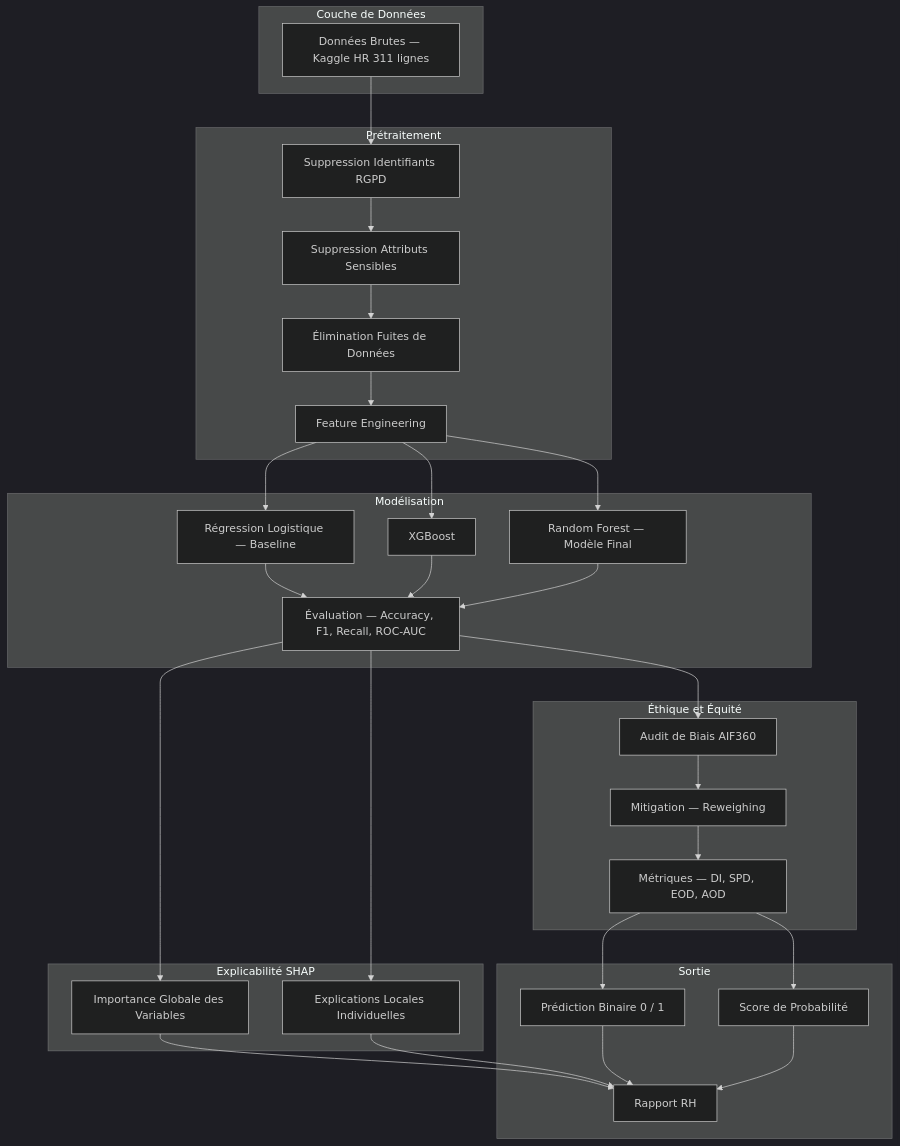
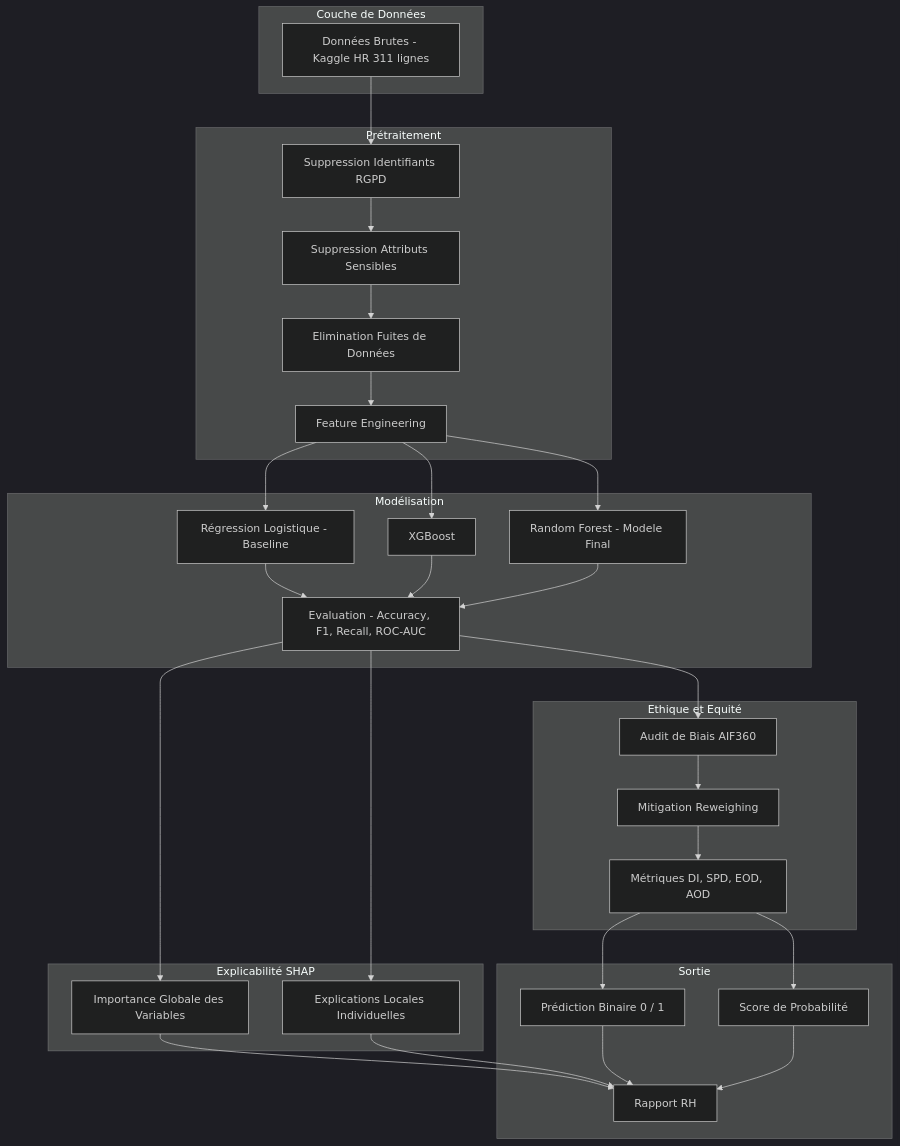
One commit to Beloowga/CAPGEMINI-HR-AI-Explainability changed the diagram in Architecture.md. Above: the diagram before and after it, drawn with Mermaid (dark theme).

Commit message:
Fix accents and formatting in Architecture.md
Corrected French accents and formatting in the architecture diagram.

````diff
--- a/Architecture.md
+++ b/Architecture.md
@@ -1,53 +1,48 @@
 ```mermaid
 graph TD
     subgraph Data_Layer [Couche de Données]
-        A[Données Brutes — Kaggle HR 311 lignes]
+        A[Données Brutes - Kaggle HR 311 lignes]
     end
-
     subgraph Preprocessing [Prétraitement]
         B[Suppression Identifiants RGPD]
         C[Suppression Attributs Sensibles]
-        D[Élimination Fuites de Données]
+        D[Elimination Fuites de Données]
         E[Feature Engineering]
         A --> B --> C --> D --> E
     end
-
     subgraph Modeling [Modélisation]
-        I[Régression Logistique — Baseline]
+        I[Régression Logistique - Baseline]
         K[XGBoost]
-        L[Random Forest — Modèle Final]
-        M[Évaluation — Accuracy, F1, Recall, ROC-AUC]
+        L[Random Forest - Modele Final]
+        M[Evaluation - Accuracy, F1, Recall, ROC-AUC]
         E --> I
         E --> K
         E --> L
         I --> M
         K --> M
         L --> M
     end
-
     subgraph Explainability [Explicabilité SHAP]
         N[Importance Globale des Variables]
         O[Explications Locales Individuelles]
         M --> N
         M --> O
     end
-
-    subgraph Fairness_Ethics [Éthique et Équité]
+    subgraph Fairness_Ethics [Ethique et Equité]
         F[Audit de Biais AIF360]
-        G[Mitigation — Reweighing]
-        H[Métriques — DI, SPD, EOD, AOD]
+        G[Mitigation Reweighing]
+        H[Métriques DI, SPD, EOD, AOD]
         M --> F --> G --> H
     end
-
     subgraph Output [Sortie]
         Q[Prédiction Binaire 0 / 1]
         R[Score de Probabilité]
         S[Rapport RH]
         H --> Q
         H --> R
         N --> S
         O --> S
         Q --> S
         R --> S
     end
 ```
````
